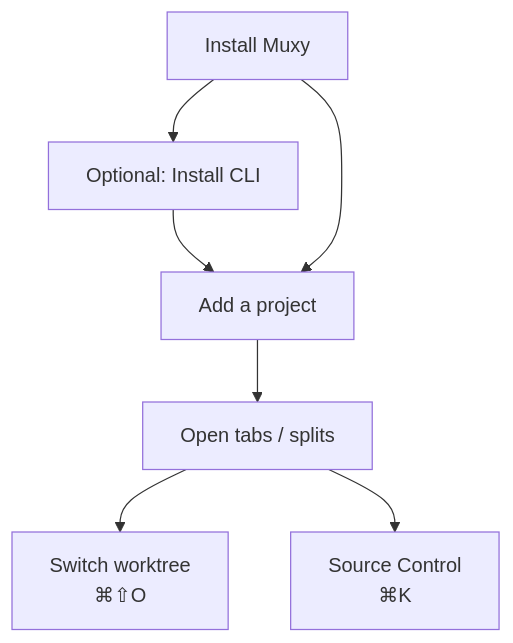
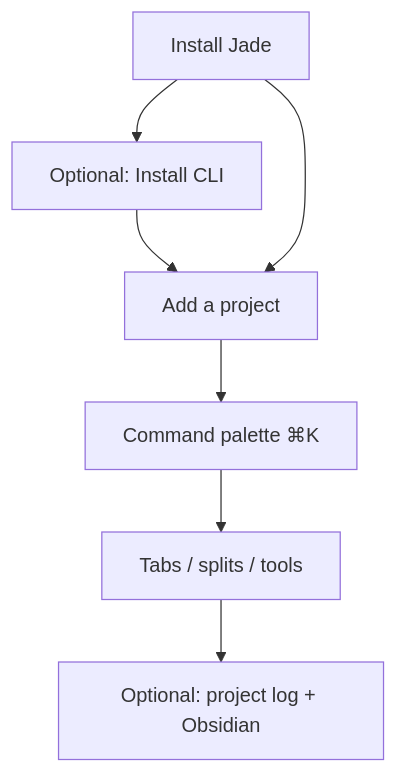
One commit to dot-RealityTest/jade changed the diagram in docs/user-guide/getting-started.md. Above: the diagram before and after it, drawn with Mermaid. The commit also changed other lines of this file and 17 other files, not shown here.

First line of the commit message:
Document command palette, Obsidian MCP, project log, voice, and integrations.

````diff
--- a/docs/user-guide/getting-started.md
+++ b/docs/user-guide/getting-started.md
@@ -5,9 +5,9 @@
 ```mermaid
 flowchart TB
-  Install[Install Muxy] --> CLI[Optional: Install CLI]
+  Install[Install Jade] --> CLI[Optional: Install CLI]
   CLI --> Add[Add a project]
   Install --> Add
-  Add --> Tabs[Open tabs / splits]
-  Tabs --> Worktree[Switch worktree<br/>⌘⇧O]
-  Tabs --> VCS[Source Control<br/>⌘K]
+  Add --> Palette[Command palette ⌘K]
+  Palette --> Tabs[Tabs / splits / tools]
+  Tabs --> Log[Optional: project log + Obsidian]
 ```
````
